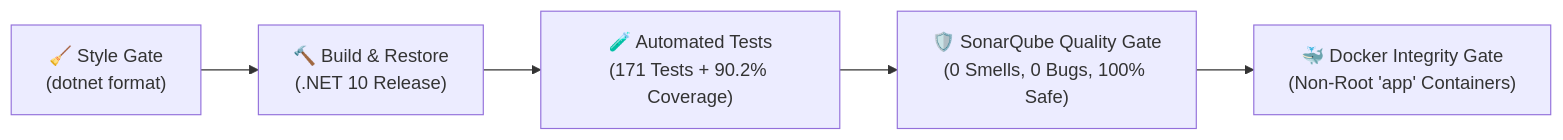
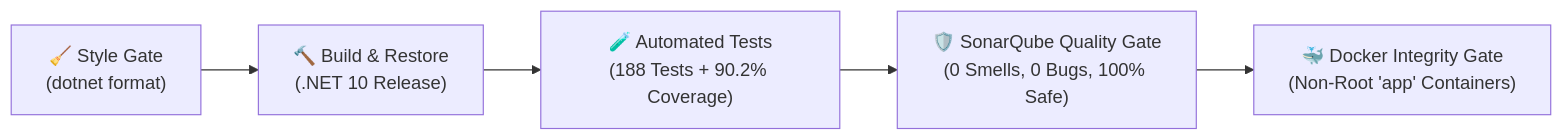
One commit to enesonmez/shuffleseries_microservices changed the third of 3 diagrams in README.md. Above: the diagram before and after it, drawn with Mermaid. The commit also changed other lines of this file and 24 other files, not shown here.

First line of the commit message:
feat(testing): implement architecture tests and real PostgreSQL integration test suite

````diff
--- a/README.md
+++ b/README.md
@@ -321,7 +335,7 @@
 ```mermaid
 flowchart LR
     A["🧹 Style Gate\n(dotnet format)"] --> B["🔨 Build & Restore\n(.NET 10 Release)"]
-    B --> C["🧪 Automated Tests\n(171 Tests + 90.2% Coverage)"]
+    B --> C["🧪 Automated Tests\n(188 Tests + 90.2% Coverage)"]
     C --> D["🛡️ SonarQube Quality Gate\n(0 Smells, 0 Bugs, 100% Safe)"]
     D --> E["🐳 Docker Integrity Gate\n(Non-Root 'app' Containers)"]
 ```
````
